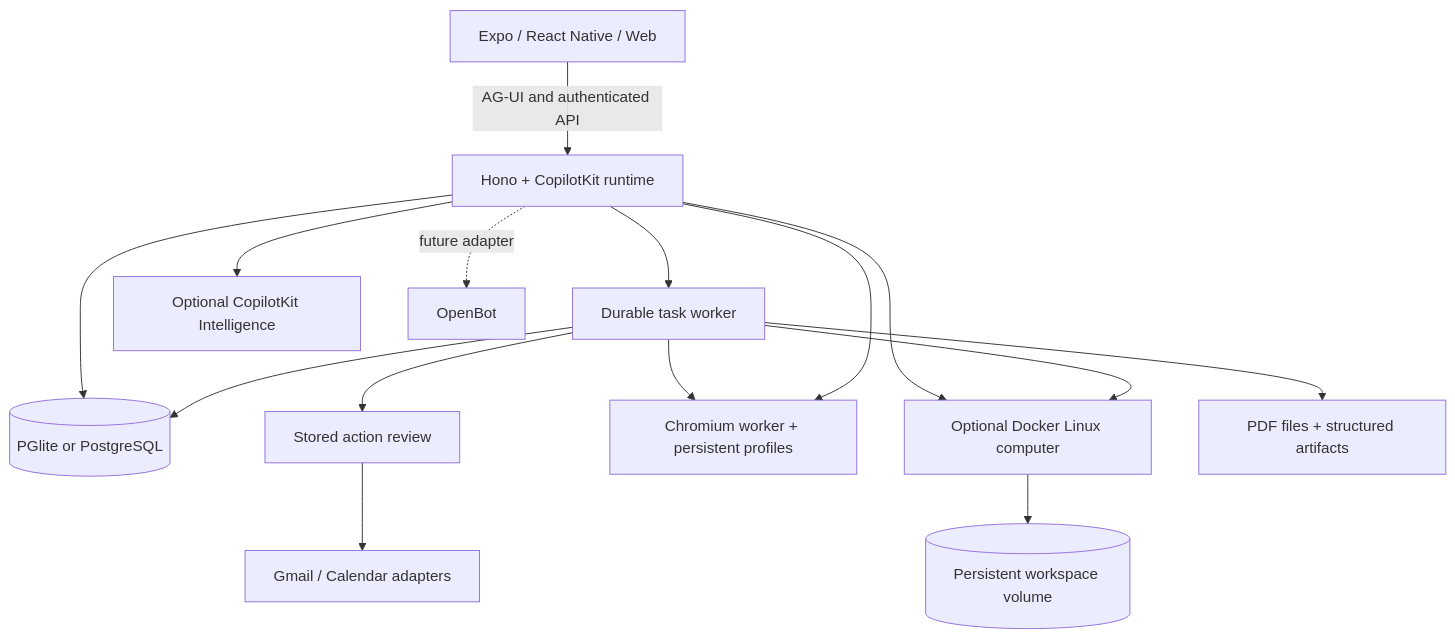
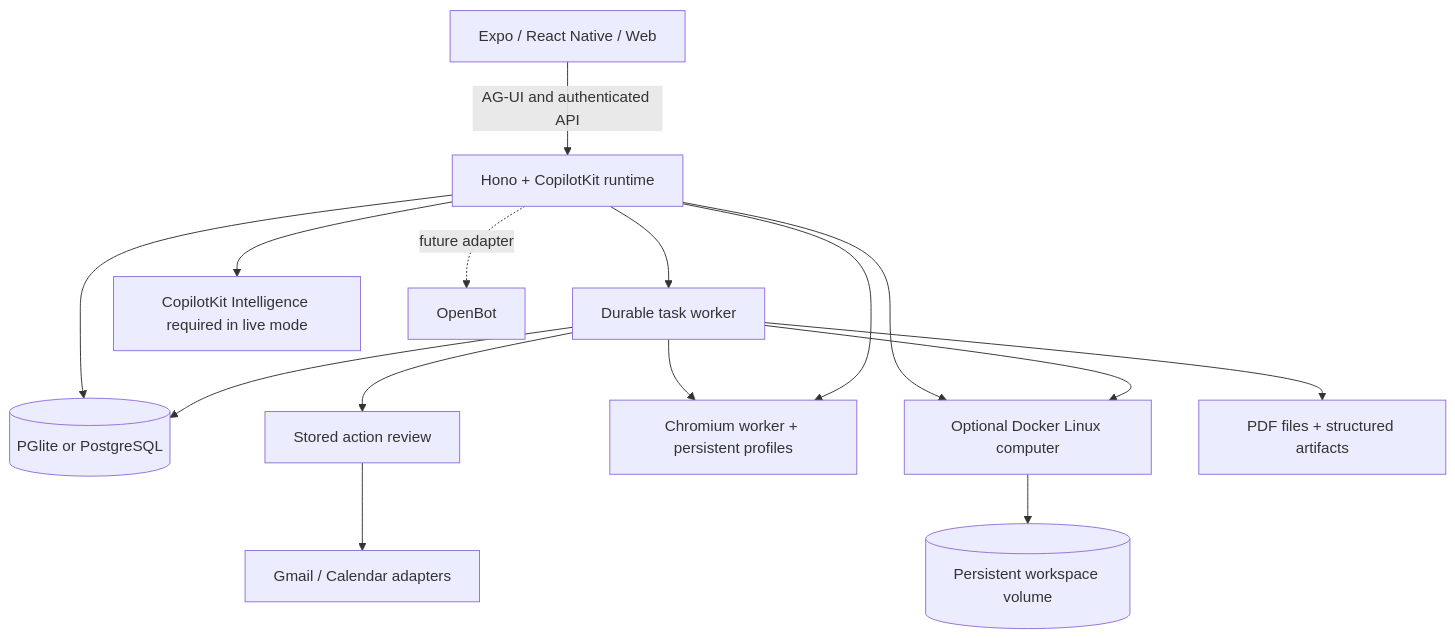
One commit to Akshmit/openmuse changed the diagram in README.md. Above: the diagram before and after it, drawn with Mermaid. The commit also changed other lines of this file and 5 other files, not shown here.

First line of the commit message:
Require durable Rich Threads for live deployments (#15)

````diff
--- a/README.md
+++ b/README.md
@@ -142,17 +143,17 @@
 ```mermaid
 flowchart TD
   Client[Expo / React Native / Web] -->|AG-UI and authenticated API| API[Hono + CopilotKit runtime]
   API --> Tasks[Durable task worker]
-  API --> Threads[Optional CopilotKit Intelligence]
+  API --> Threads[CopilotKit Intelligence required in live mode]
   API --> Store[(PGlite or PostgreSQL)]
   Tasks --> Store
   Tasks --> Review[Stored action review]
   Review --> Google[Gmail / Calendar adapters]
   Tasks --> Browser[Chromium worker + persistent profiles]
   API --> Browser
   API --> Computer[Optional Docker Linux computer]
   Tasks --> Computer
   Computer --> Volume[(Persistent workspace volume)]
   Tasks --> Files[PDF files + structured artifacts]
   API -. future adapter .-> OpenBot[OpenBot]
 ```
````
